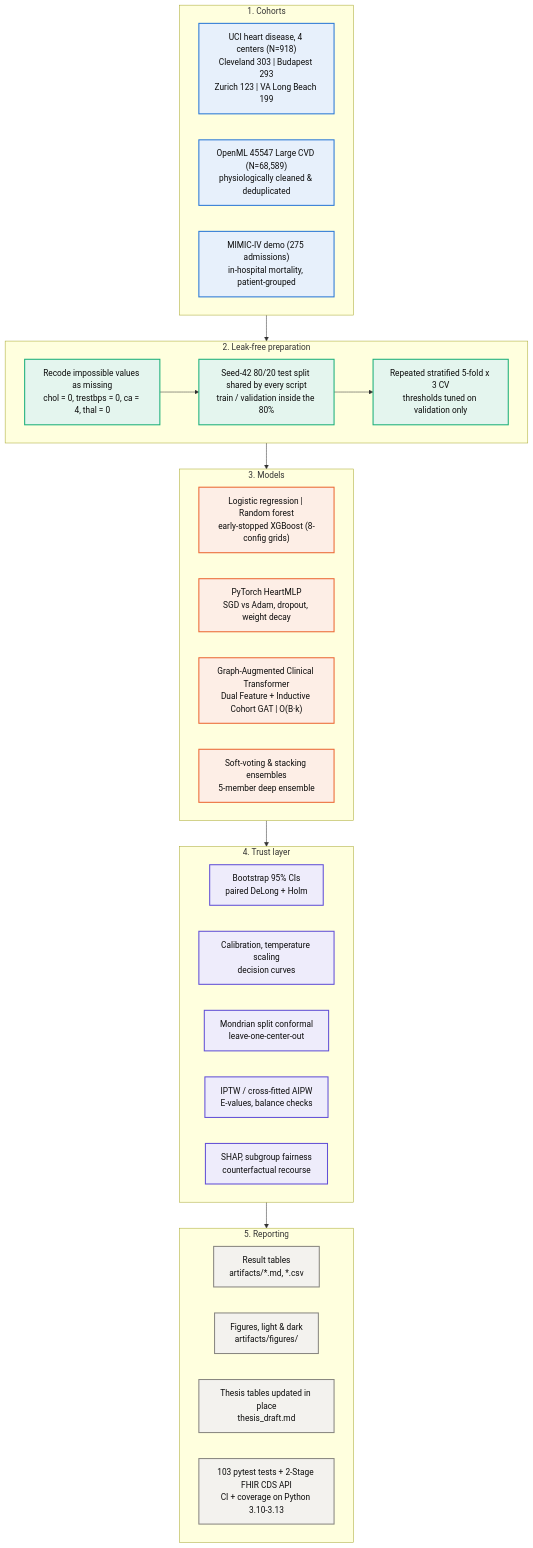
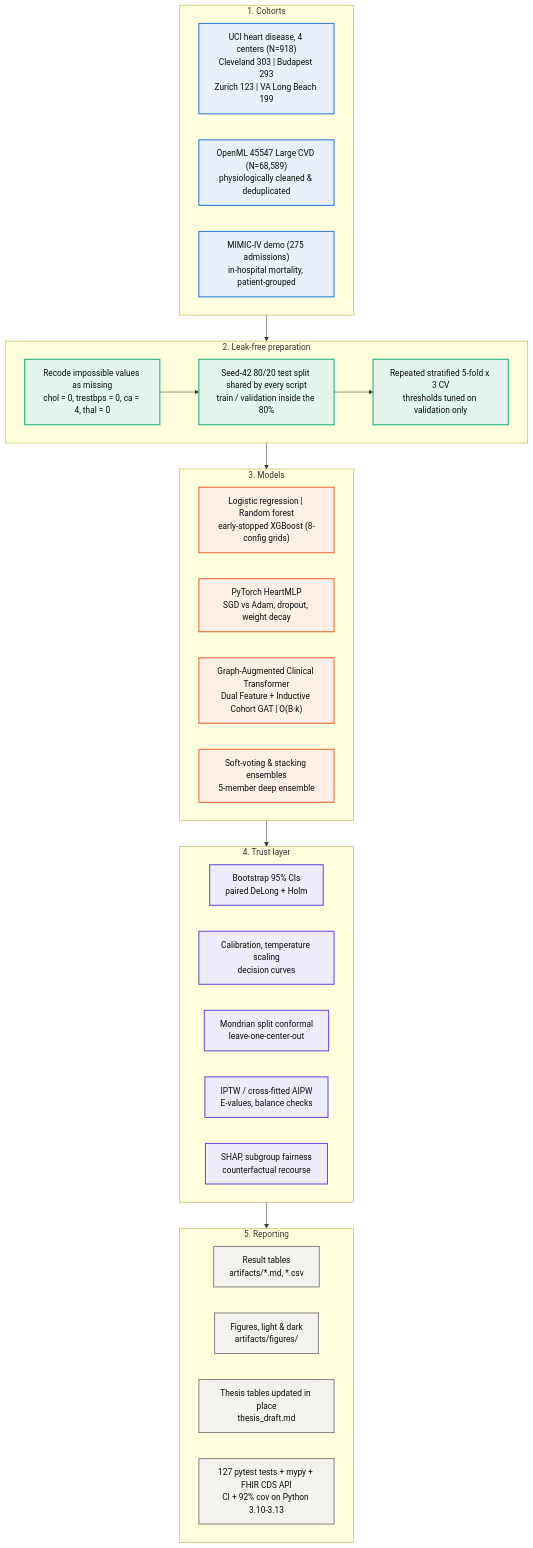
The diagram in README.md (YahyaLendani/heart-disease-clinical-ml), drawn with Mermaid before and after one commit. The commit also changed other lines of this file and 9 other files, not shown here.

Commit message:
Add download-bundles CLI + SHA256SUMS, mypy CI gate, 127 stress/fuzz tests & fix pipeline-smoke [cds] deps

````diff
--- a/README.md
+++ b/README.md
@@ -76,50 +76,50 @@
 ```mermaid
 flowchart TB
     classDef data fill:#e7f0fb,stroke:#2a78d6,stroke-width:2px,color:#0b0b0b
     classDef prep fill:#e4f5ee,stroke:#1baf7a,stroke-width:2px,color:#0b0b0b
     classDef model fill:#fdeee6,stroke:#eb6834,stroke-width:2px,color:#0b0b0b
     classDef trust fill:#eeecfb,stroke:#6250d6,stroke-width:2px,color:#0b0b0b
     classDef out fill:#f3f2ee,stroke:#898781,stroke-width:2px,color:#0b0b0b
 
     subgraph Data["1. Cohorts"]
         direction LR
         A1["UCI heart disease, 4 centers (N=918)<br/>Cleveland 303 | Budapest 293<br/>Zurich 123 | VA Long Beach 199"]:::data
         A2["OpenML 45547 Large CVD (N=68,589)<br/>physiologically cleaned & deduplicated"]:::data
         A3["MIMIC-IV demo (275 admissions)<br/>in-hospital mortality, patient-grouped"]:::data
     end
 
     subgraph Prep["2. Leak-free preparation"]
         direction LR
         B1["Recode impossible values as missing<br/>chol = 0, trestbps = 0, ca = 4, thal = 0"]:::prep
         B2["Seed-42 80/20 test split shared by every script<br/>train / validation inside the 80%"]:::prep
         B3["Repeated stratified 5-fold x 3 CV<br/>thresholds tuned on validation only"]:::prep
         B1 --> B2 --> B3
     end
 
     subgraph Models["3. Models"]
         direction LR
         C1["Logistic regression | Random forest<br/>early-stopped XGBoost (8-config grids)"]:::model
         C2["PyTorch HeartMLP<br/>SGD vs Adam, dropout, weight decay"]:::model
         C3["Graph-Augmented Clinical Transformer<br/>Dual Feature + Inductive Cohort GAT | O(B·k)"]:::model
         C4["Soft-voting & stacking ensembles<br/>5-member deep ensemble"]:::model
     end
 
     subgraph Trust["4. Trust layer"]
         direction LR
         D1["Bootstrap 95% CIs<br/>paired DeLong + Holm"]:::trust
         D2["Calibration, temperature scaling<br/>decision curves"]:::trust
         D3["Mondrian split conformal<br/>leave-one-center-out"]:::trust
         D4["IPTW / cross-fitted AIPW<br/>E-values, balance checks"]:::trust
         D5["SHAP, subgroup fairness<br/>counterfactual recourse"]:::trust
     end
 
     subgraph Output["5. Reporting"]
         direction LR
         E1["Result tables<br/>artifacts/*.md, *.csv"]:::out
         E2["Figures, light & dark<br/>artifacts/figures/"]:::out
         E3["Thesis tables updated in place<br/>thesis_draft.md"]:::out
-        E4["103 pytest tests + 2-Stage FHIR CDS API<br/>CI + coverage on Python 3.10-3.13"]:::out
+        E4["127 pytest tests + mypy + FHIR CDS API<br/>CI + 92% cov on Python 3.10-3.13"]:::out
     end
 
     Data --> Prep --> Models --> Trust --> Output
 ```
````
